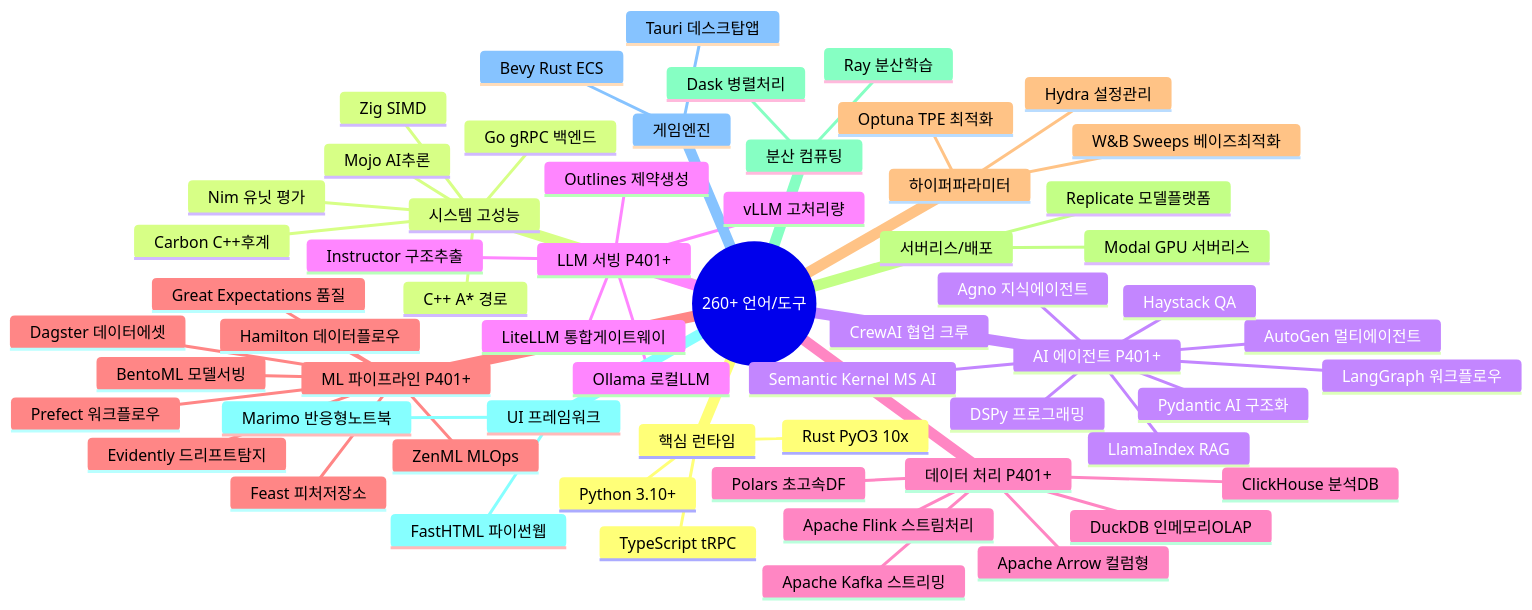
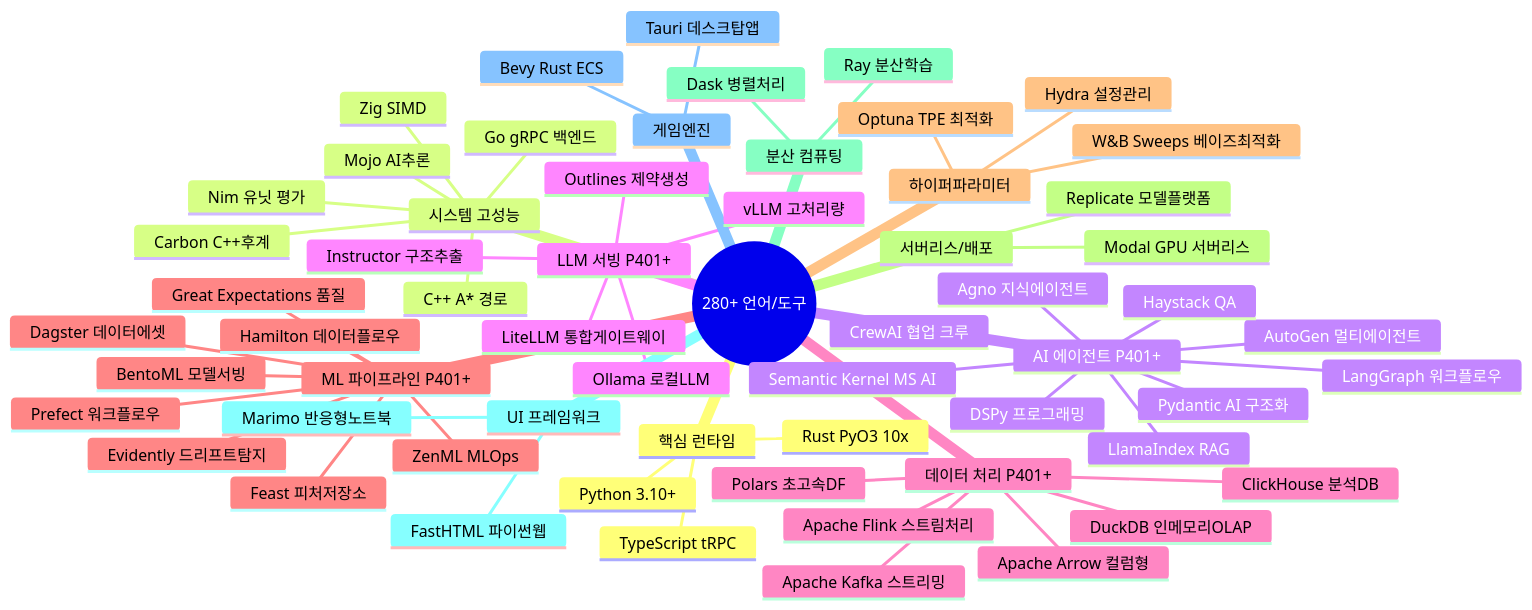
One commit to sun475300-sudo/Swarm-control-in-sc2bot changed the ninth of 30 diagrams in README.md. Above: the diagram before and after it, drawn with Mermaid. The commit also changed other lines of this file and 20 other files, not shown here.

````diff
--- a/README.md
+++ b/README.md
@@ -617,63 +627,63 @@
 ```mermaid
 mindmap
-    root((260+ 언어/도구))
+    root((280+ 언어/도구))
         핵심 런타임
             Python 3.10+
             Rust PyO3 10x
             TypeScript tRPC
         시스템 고성능
             C++ A* 경로
             Go gRPC 백엔드
             Zig SIMD
             Nim 유닛 평가
             Carbon C++후계
             Mojo AI추론
         AI 에이전트 P401+
             AutoGen 멀티에이전트
             CrewAI 협업 크루
             LangGraph 워크플로우
             Semantic Kernel MS AI
             DSPy 프로그래밍
             Pydantic AI 구조화
             Agno 지식에이전트
             LlamaIndex RAG
             Haystack QA
         LLM 서빙 P401+
             vLLM 고처리량
             Ollama 로컬LLM
             LiteLLM 통합게이트웨이
             Instructor 구조추출
             Outlines 제약생성
         데이터 처리 P401+
             Polars 초고속DF
             DuckDB 인메모리OLAP
             Apache Arrow 컬럼형
             ClickHouse 분석DB
             Apache Kafka 스트리밍
             Apache Flink 스트림처리
         ML 파이프라인 P401+
             Prefect 워크플로우
             Dagster 데이터에셋
             ZenML MLOps
             BentoML 모델서빙
             Evidently 드리프트탐지
             Feast 피처저장소
             Hamilton 데이터플로우
             Great Expectations 품질
         하이퍼파라미터
             Optuna TPE 최적화
             Hydra 설정관리
             W&B Sweeps 베이즈최적화
         서버리스/배포
             Modal GPU 서버리스
             Replicate 모델플랫폼
         분산 컴퓨팅
             Ray 분산학습
             Dask 병렬처리
         UI 프레임워크
             FastHTML 파이썬웹
             Marimo 반응형노트북
         게임엔진
             Bevy Rust ECS
             Tauri 데스크탑앱
 ```
````
